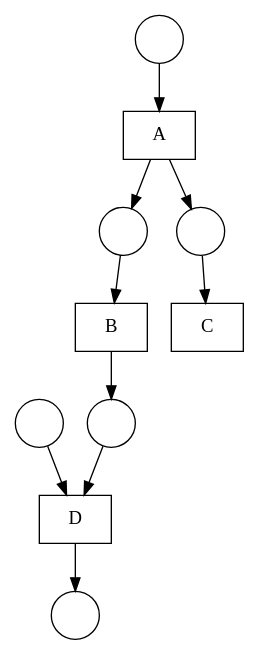
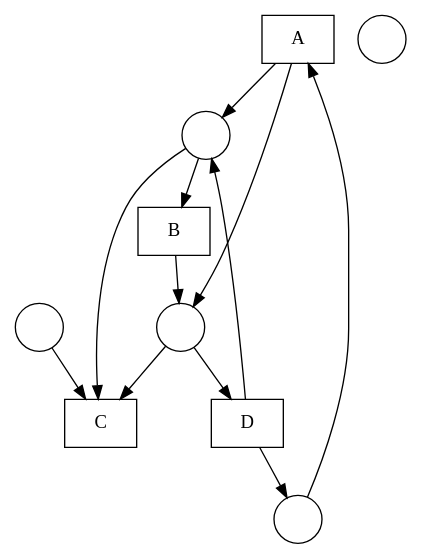
One commit to DWitek97/GeneticMiner changed the diagram in nets/Fittest net.gv. Above: the diagram before and after it, drawn with Graphviz. The commit also changed 4 other files, not shown here.

```diff
--- a/nets/Fittest net.gv
+++ b/nets/Fittest net.gv
@@ -1,23 +1,24 @@
 digraph "Fittest net" {
 	node [shape=box]
 	A [label=A]
 	B [label=B]
 	C [label=C]
 	D [label=D]
 	node [shape=circle]
 	1 [label=" "]
 	2 [label=" "]
 	3 [label=" "]
 	4 [label=" "]
 	5 [label=" "]
-	6 [label=" "]
-	1 -> A
-	A -> 2
+	2 -> A
 	A -> 3
-	2 -> B
+	A -> 4
+	3 -> B
 	B -> 4
 	3 -> C
+	4 -> C
+	1 -> C
 	4 -> D
-	5 -> D
-	D -> 6
+	D -> 3
+	D -> 2
 }
```
